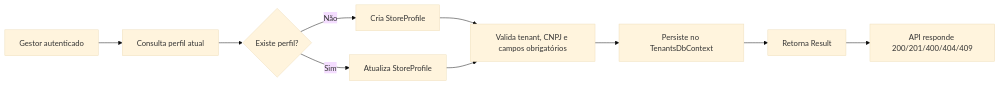
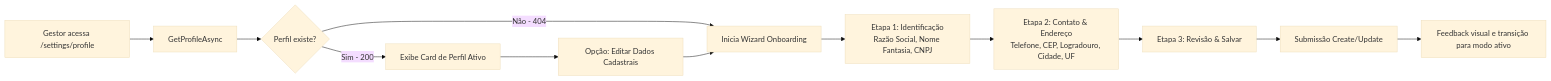
The second of 2 diagrams in docs/living-docs/cadastro-perfil-estabelecimento-2.1.md (ronaldocestrela/lavaway), drawn with Mermaid (base theme) before and after one commit. The commit also changed other lines of this file and 19 other files, not shown here.

Commit message:
feat: add StoreProfileFormModel and corresponding unit tests

````diff
--- a/docs/living-docs/cadastro-perfil-estabelecimento-2.1.md
+++ b/docs/living-docs/cadastro-perfil-estabelecimento-2.1.md
@@ -8,12 +52,14 @@
 ```mermaid
 flowchart LR
-    A[Gestor autenticado] --> B[Consulta perfil atual]
-    B --> C{Existe perfil?}
-    C -->|Não| D[Cria StoreProfile]
-    C -->|Sim| E[Atualiza StoreProfile]
-    D --> F[Valida tenant, CNPJ e campos obrigatórios]
-    E --> F
-    F --> G[Persiste no TenantsDbContext]
-    G --> H[Retorna Result<T>]
-    H --> I[API responde 200/201/400/404/409]
+    A[Gestor acessa /settings/profile] --> B[GetProfileAsync]
+    B --> C{Perfil existe?}
+    C -->|Não - 404| D[Inicia Wizard Onboarding]
+    C -->|Sim - 200| E[Exibe Card de Perfil Ativo]
+    E --> F[Opção: Editar Dados Cadastrais]
+    F --> D
+    D --> S1[Etapa 1: Identificação\nRazão Social, Nome Fantasia, CNPJ]
+    S1 --> S2[Etapa 2: Contato & Endereço\nTelefone, CEP, Logradouro, Cidade, UF]
+    S2 --> S3[Etapa 3: Revisão & Salvar]
+    S3 --> G[Submissão Create/Update]
+    G --> H[Feedback visual e transição para modo ativo]
 ```
````
